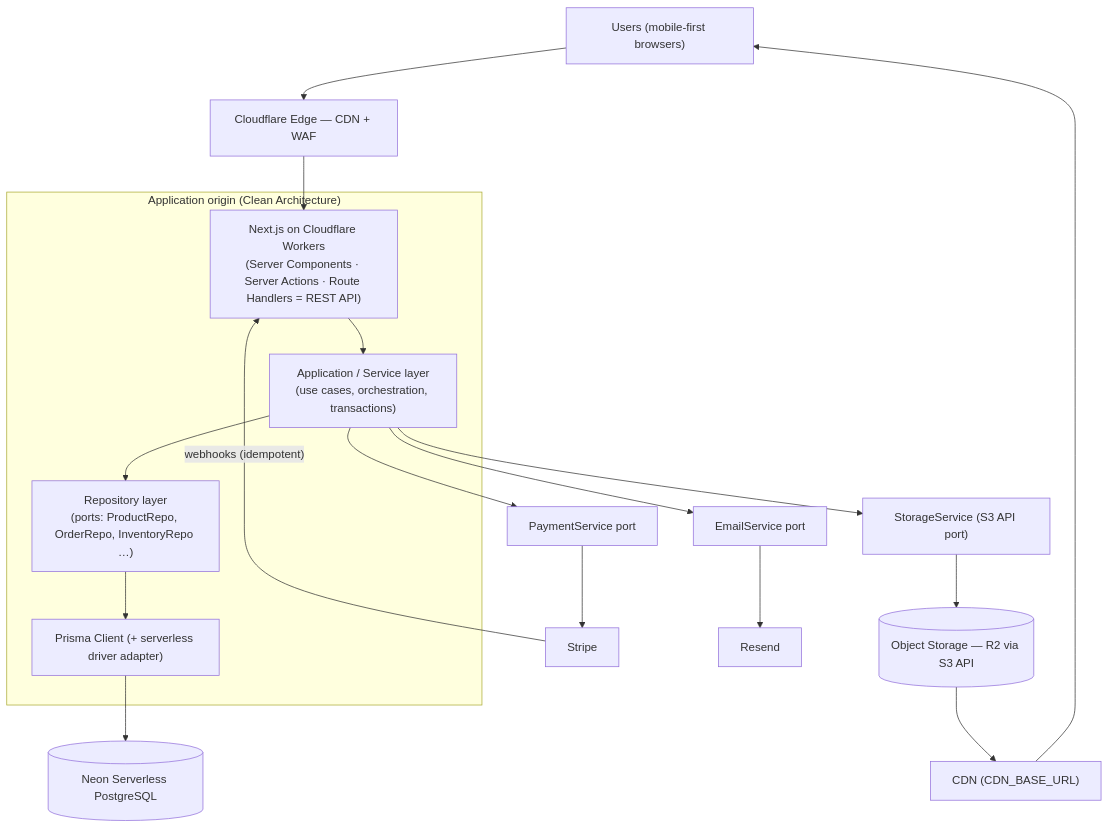
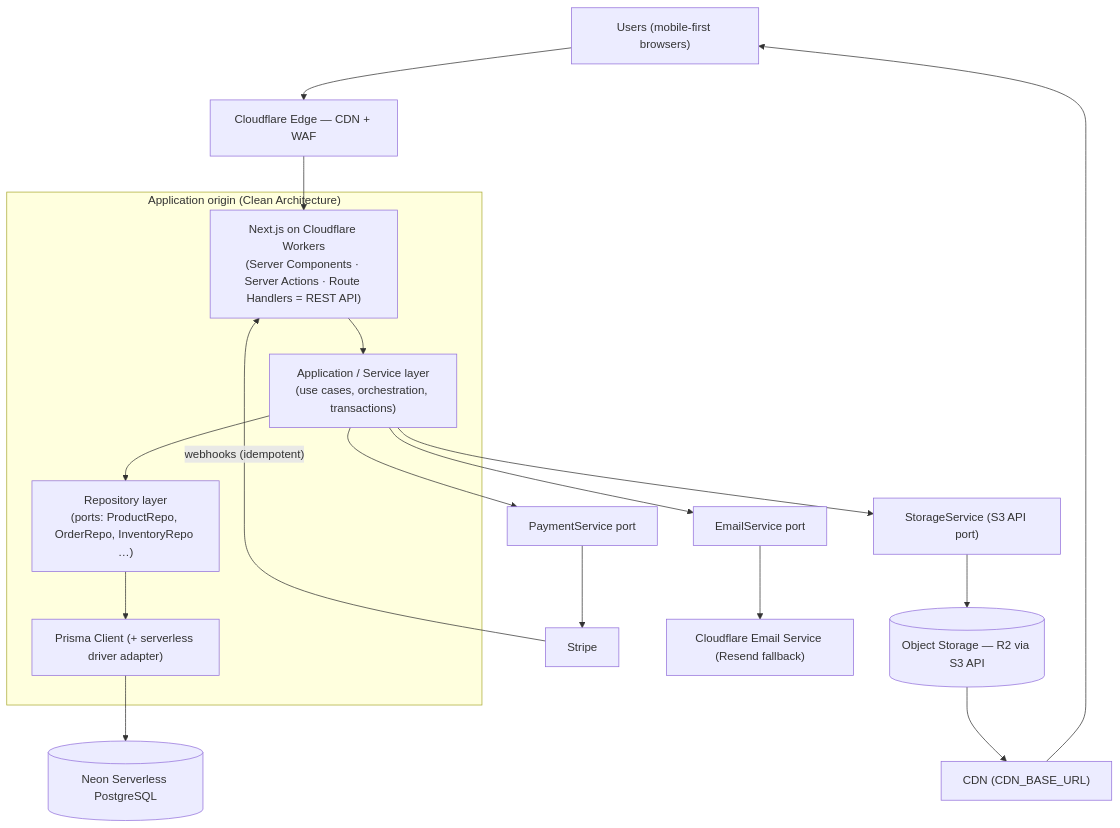
One commit to sriahead/aheed-online-store changed the first of 2 diagrams in specs/architecture.md. Above: the diagram before and after it, drawn with Mermaid. The commit also changed other lines of this file and 6 other files, not shown here.

First line of the commit message:
docs(#1217): email setup runbook, Client Setup guide, architecture and ADR-004 notes

````diff
--- a/specs/architecture.md
+++ b/specs/architecture.md
@@ -83,19 +84,19 @@
 ```mermaid
 flowchart TD
     U["Users (mobile-first browsers)"] --> EDGE["Cloudflare Edge — CDN + WAF"]
     EDGE --> APP["Next.js on Cloudflare Workers<br/>(Server Components · Server Actions · Route Handlers = REST API)"]
 
     subgraph CleanArch["Application origin (Clean Architecture)"]
       APP --> SVC["Application / Service layer<br/>(use cases, orchestration, transactions)"]
       SVC --> REPO["Repository layer<br/>(ports: ProductRepo, OrderRepo, InventoryRepo …)"]
       REPO --> PRISMA["Prisma Client (+ serverless driver adapter)"]
     end
 
     PRISMA --> NEON[("Neon Serverless PostgreSQL")]
     SVC --> STORE["StorageService (S3 API port)"] --> R2[("Object Storage — R2 via S3 API")]
     SVC --> PAY["PaymentService port"] --> STRIPE["Stripe"]
-    SVC --> MAIL["EmailService port"] --> RESEND["Resend"]
+    SVC --> MAIL["EmailService port"] --> CFMAIL["Cloudflare Email Service (Resend fallback)"]
 
     R2 --> CDN["CDN (CDN_BASE_URL)"] --> U
     STRIPE -- "webhooks (idempotent)" --> APP
 ```
````
